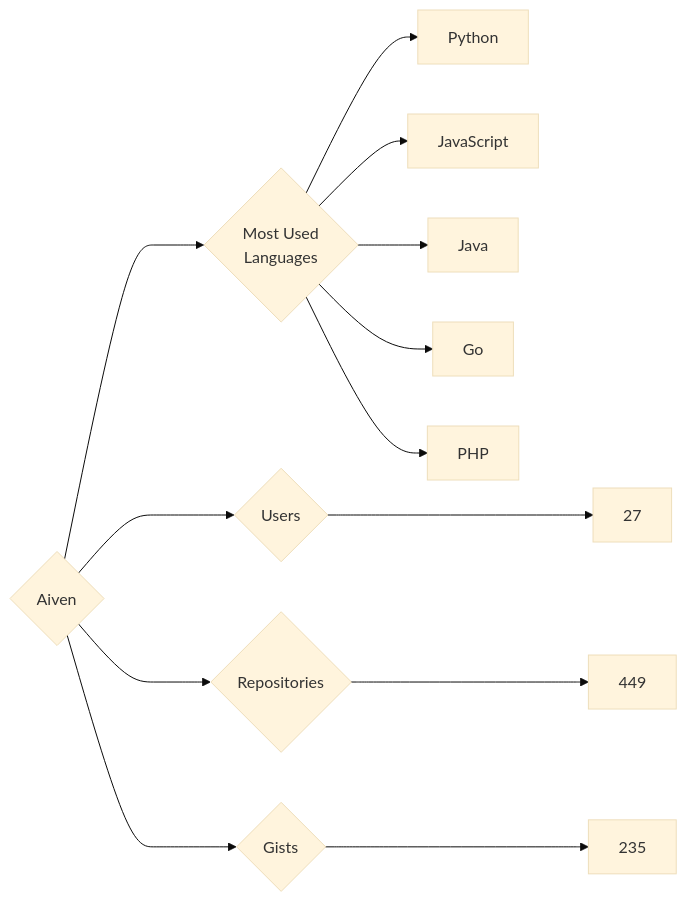
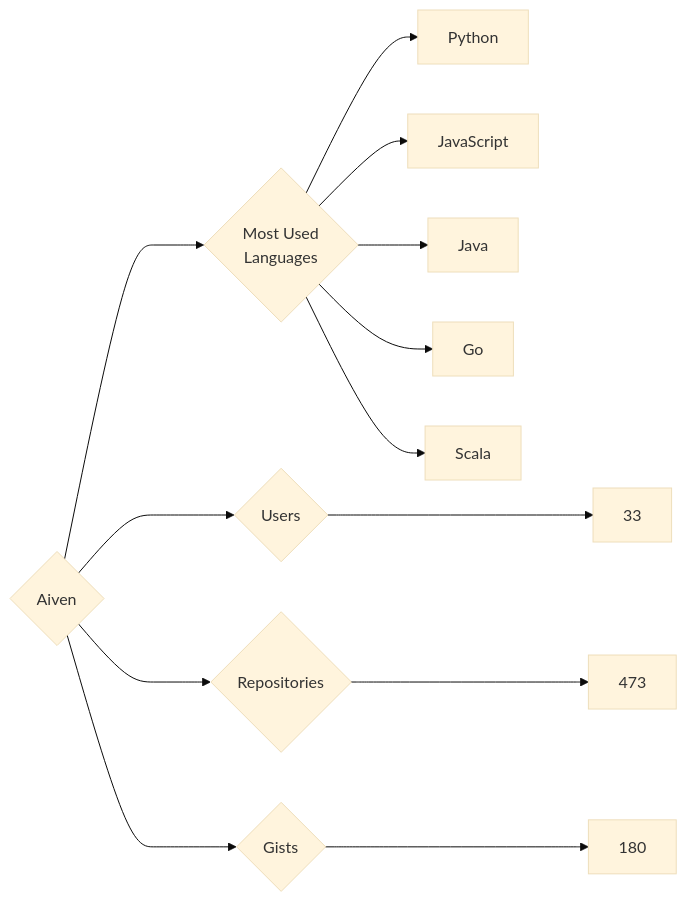
The diagram in targets/Aiven/README.md (trickest/insiders), drawn with Mermaid (base theme) before and after one commit. The commit also changed 773 other files, not shown here.

````diff
--- a/targets/Aiven/README.md
+++ b/targets/Aiven/README.md
@@ -3,13 +3,13 @@
 ```mermaid
 graph LR
 COMPANY_NAME{Aiven}
-COMPANY_NAME ---> U{Users} ---> UN[27]
-COMPANY_NAME ---> R{Repositories} ---> RN[449]
-COMPANY_NAME ---> G{Gists} ---> GN[235]
+COMPANY_NAME ---> U{Users} ---> UN[33]
+COMPANY_NAME ---> R{Repositories} ---> RN[473]
+COMPANY_NAME ---> G{Gists} ---> GN[180]
 COMPANY_NAME ---> ML{Most Used<br>Languages}
 ML --> Python[Python]
 ML --> JavaScript[JavaScript]
 ML --> Java[Java]
 ML --> Go[Go]
-ML --> PHP[PHP]
+ML --> Scala[Scala]
 ```
````
